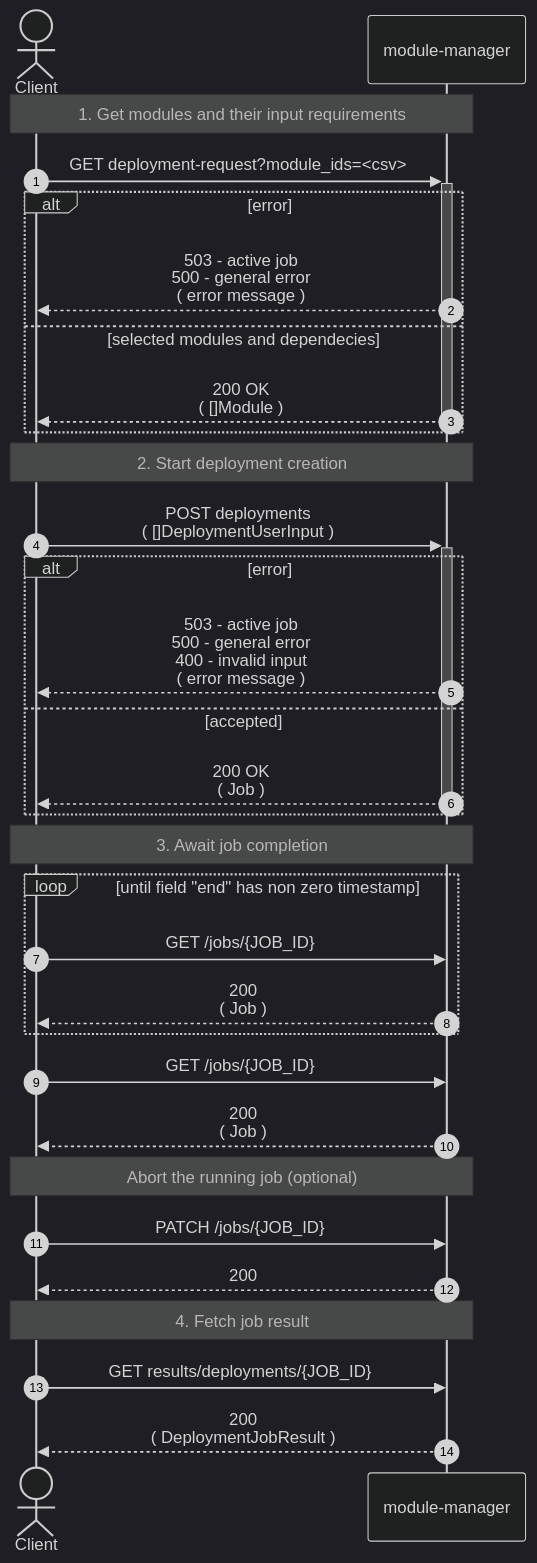
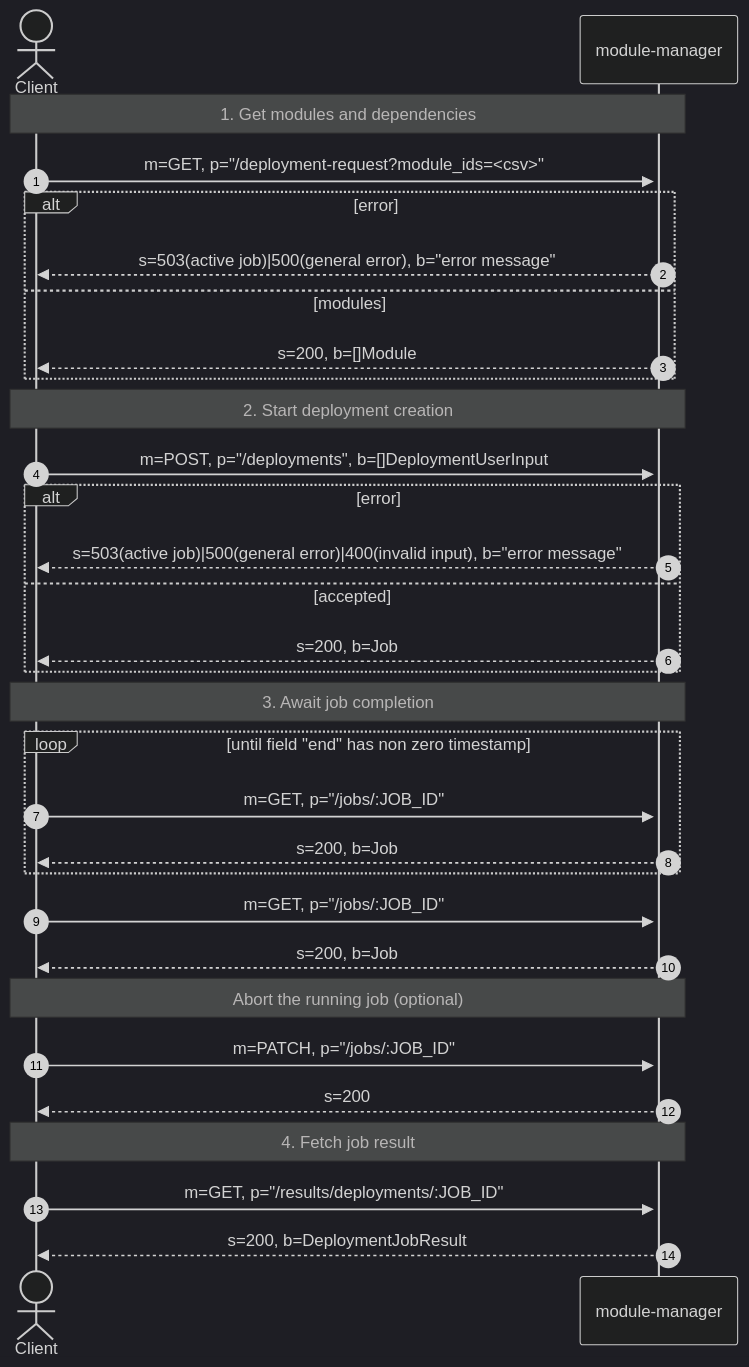
Before and after one commit to SENERGY-Platform/mgw-module-manager: the third of 3 diagrams in README.md, drawn with Mermaid (dark theme).

````diff
--- a/README.md
+++ b/README.md
@@ -338,42 +338,42 @@
 ```mermaid
 sequenceDiagram
     autonumber
     actor C as Client
     participant A as module-manager
 
-    Note over C,A: 1. Get modules and their input requirements
+    Note over C,A: 1. Get modules and dependencies
 
-    C->>+A: GET deployment-request?module_ids=<csv>
+    C->>+A: m=GET, p="/deployment-request?module_ids=<csv>"
     alt error
-        A-->>C: 503 - active job<br/>500 - general error<br/>( error message )
-    else selected modules and dependecies
-        A-->>-C: 200 OK<br/>( []Module )
+        A-->>C: s=503(active job)|500(general error), b="error message"
+    else modules
+        A-->>C: s=200, b=[]Module
     end
 
     Note over C,A: 2. Start deployment creation
 
-    C->>+A: POST deployments<br/>( []DeploymentUserInput )
+    C->>+A: m=POST, p="/deployments", b=[]DeploymentUserInput
     alt error
-        A-->>C: 503 - active job<br/>500 - general error<br/>400 - invalid input<br/>( error message )
+        A-->>C: s=503(active job)|500(general error)|400(invalid input), b="error message"
     else accepted
-        A-->>-C: 200 OK<br/>( Job )
+        A-->>C: s=200, b=Job
     end
 
     Note over C,A: 3. Await job completion
 
     loop until field "end" has non zero timestamp
-        C->>A: GET /jobs/{JOB_ID}
-        A-->>C: 200<br/>( Job )
+        C->>A: m=GET, p="/jobs/:JOB_ID"
+        A-->>C: s=200, b=Job
     end
-    C->>A: GET /jobs/{JOB_ID}
-    A-->>C: 200<br/>( Job )
+    C->>A: m=GET, p="/jobs/:JOB_ID"
+    A-->>C: s=200, b=Job
 
     Note over C,A: Abort the running job (optional)
-    C->>A: PATCH /jobs/{JOB_ID}
-    A-->>C: 200
+    C->>A: m=PATCH, p="/jobs/:JOB_ID"
+    A-->>C: s=200
 
     Note over C,A: 4. Fetch job result
 
-    C->>A: GET results/deployments/{JOB_ID}
-    A-->>C: 200<br/>( DeploymentJobResult )
+    C->>A: m=GET, p="/results/deployments/:JOB_ID"
+    A-->>C: s=200, b=DeploymentJobResult
 ```
````
